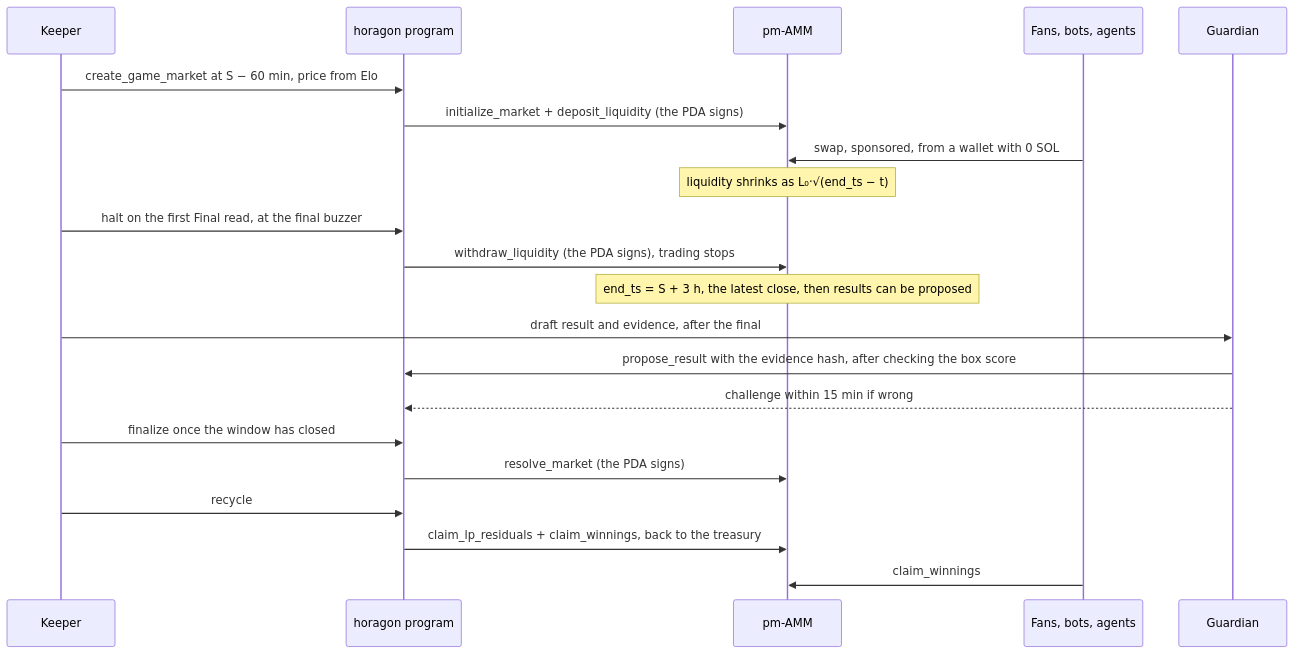
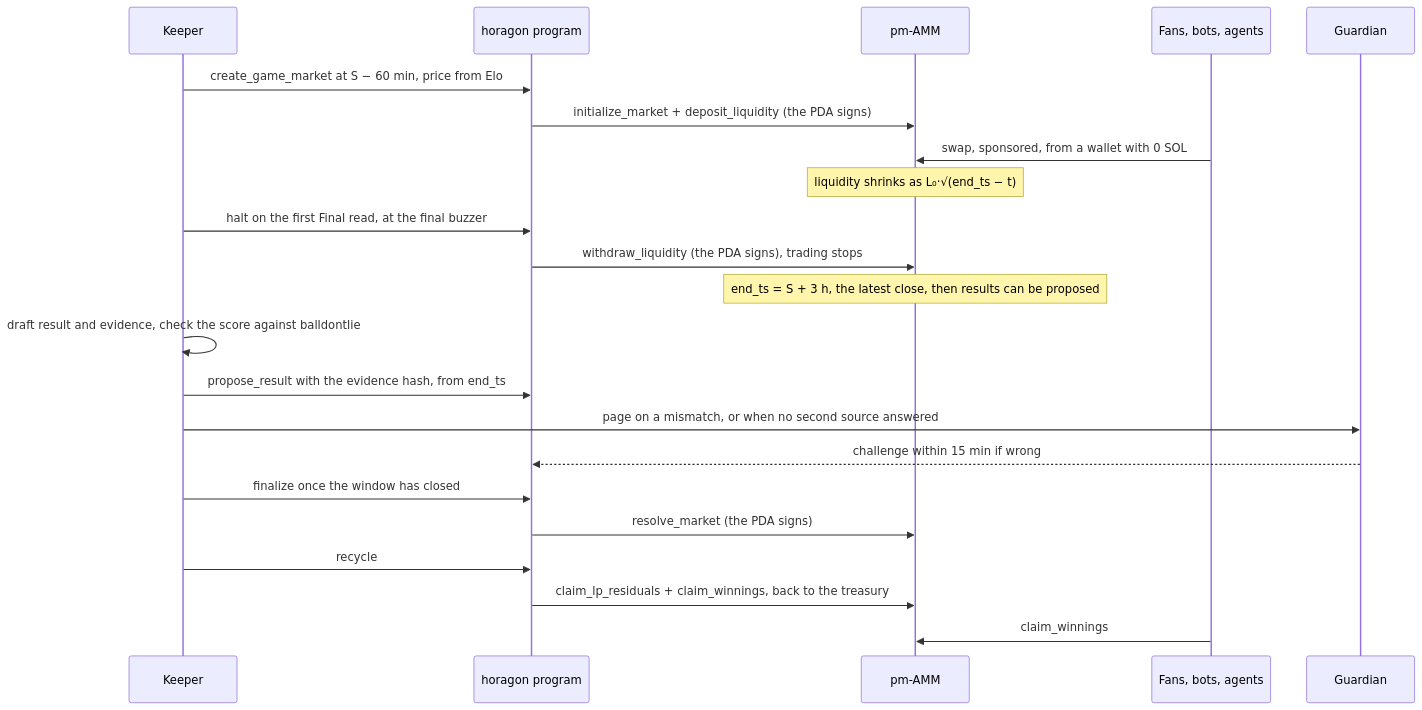
One commit to horagon-labs/horagon changed the diagram in README.md. Above: the diagram before and after it, drawn with Mermaid. The commit also changed other lines of this file and 3 other files, not shown here.

First line of the commit message:
docs: results are proposed by the attestor, checked against balldontlie

````diff
--- a/README.md
+++ b/README.md
@@ -309,23 +310,24 @@
 ```mermaid
 sequenceDiagram
     participant K as Keeper
     participant H as horagon program
     participant P as pm-AMM
     participant F as Fans, bots, agents
     participant G as Guardian
     K->>H: create_game_market at S − 60 min, price from Elo
     H->>P: initialize_market + deposit_liquidity (the PDA signs)
     F->>P: swap, sponsored, from a wallet with 0 SOL
     Note over P: liquidity shrinks as L₀·√(end_ts − t)
     K->>H: halt on the first Final read, at the final buzzer
     H->>P: withdraw_liquidity (the PDA signs), trading stops
     Note over P: end_ts = S + 3 h, the latest close, then results can be proposed
-    K->>G: draft result and evidence, after the final
-    G->>H: propose_result with the evidence hash, after checking the box score
+    K->>K: draft result and evidence, check the score against balldontlie
+    K->>H: propose_result with the evidence hash, from end_ts
+    K->>G: page on a mismatch, or when no second source answered
     G-->>H: challenge within 15 min if wrong
     K->>H: finalize once the window has closed
     H->>P: resolve_market (the PDA signs)
     K->>H: recycle
     H->>P: claim_lp_residuals + claim_winnings, back to the treasury
     F->>P: claim_winnings
 ```
````
